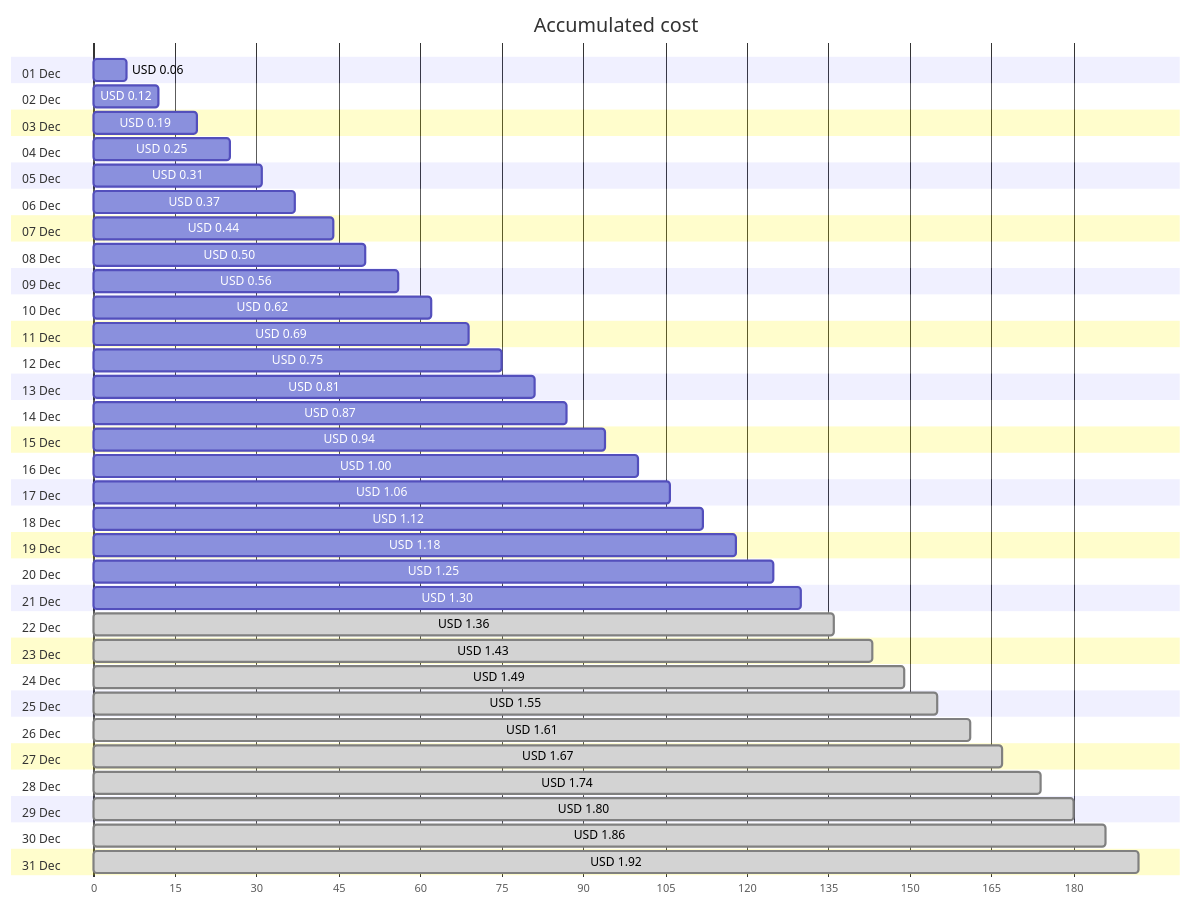
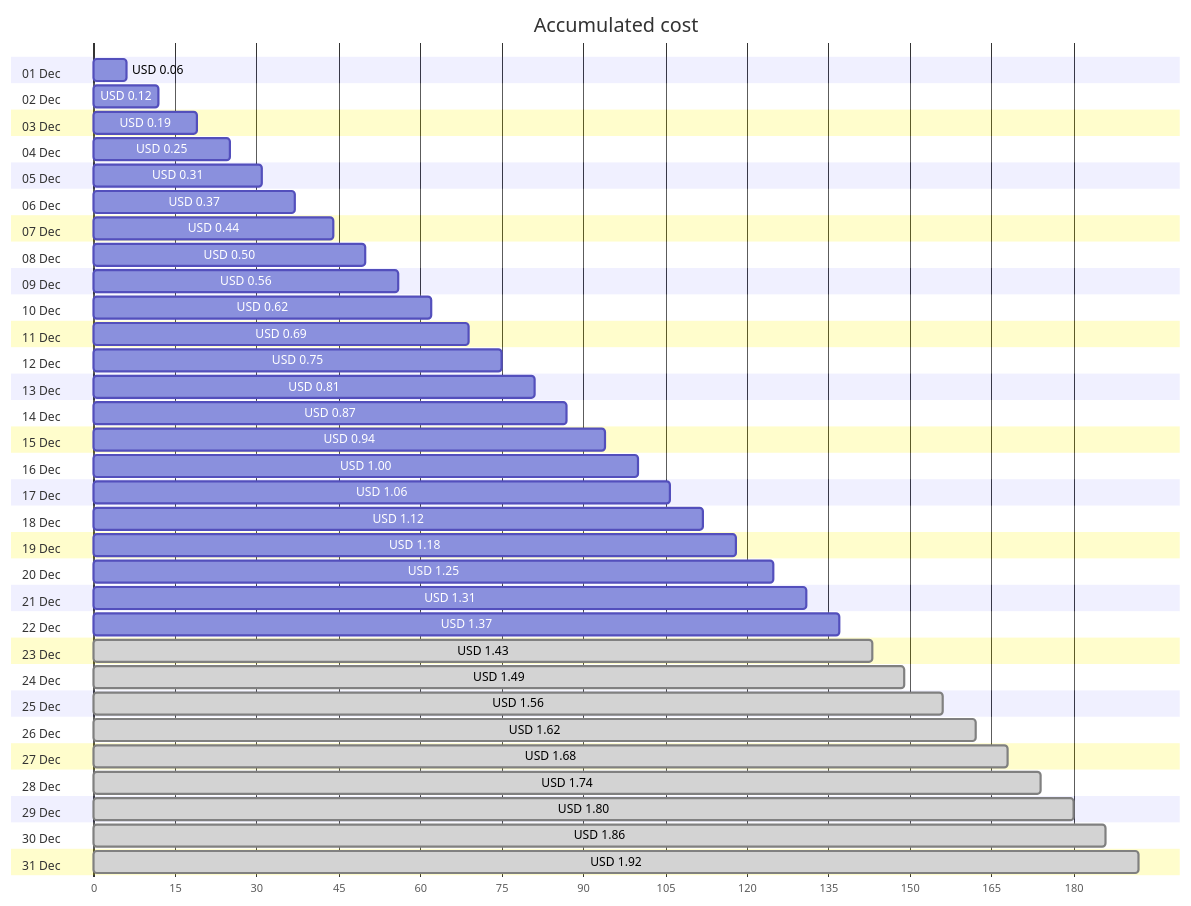
The first of 4 diagrams in cost-reports/personal-network/vpn-server_OsDisk.md (jpfulton/azure-personal-reports), drawn with Mermaid before and after one commit. The commit also changed other lines of this file and 8 other files, not shown here.

````diff
--- a/cost-reports/personal-network/vpn-server_OsDisk.md
+++ b/cost-reports/personal-network/vpn-server_OsDisk.md
@@ -20,68 +20,68 @@
 ```mermaid
 gantt
    title Accumulated cost
    dateFormat  X
    axisFormat %s
    section 01 Dec
    USD 0.06 :0, 6
    section 02 Dec
    USD 0.12 :0, 12
    section 03 Dec
    USD 0.19 :0, 19
    section 04 Dec
    USD 0.25 :0, 25
    section 05 Dec
    USD 0.31 :0, 31
    section 06 Dec
    USD 0.37 :0, 37
    section 07 Dec
    USD 0.44 :0, 44
    section 08 Dec
    USD 0.50 :0, 50
    section 09 Dec
    USD 0.56 :0, 56
    section 10 Dec
    USD 0.62 :0, 62
    section 11 Dec
    USD 0.69 :0, 69
    section 12 Dec
    USD 0.75 :0, 75
    section 13 Dec
    USD 0.81 :0, 81
    section 14 Dec
    USD 0.87 :0, 87
    section 15 Dec
    USD 0.94 :0, 94
    section 16 Dec
    USD 1.00 :0, 100
    section 17 Dec
    USD 1.06 :0, 106
    section 18 Dec
    USD 1.12 :0, 112
    section 19 Dec
    USD 1.18 :0, 118
    section 20 Dec
    USD 1.25 :0, 125
    section 21 Dec
-   USD 1.30 :0, 130
+   USD 1.31 :0, 131
    section 22 Dec
-   USD 1.36 : done, 0, 136
+   USD 1.37 :0, 137
    section 23 Dec
    USD 1.43 : done, 0, 143
    section 24 Dec
    USD 1.49 : done, 0, 149
    section 25 Dec
-   USD 1.55 : done, 0, 155
+   USD 1.56 : done, 0, 156
    section 26 Dec
-   USD 1.61 : done, 0, 161
+   USD 1.62 : done, 0, 162
    section 27 Dec
-   USD 1.67 : done, 0, 167
+   USD 1.68 : done, 0, 168
    section 28 Dec
    USD 1.74 : done, 0, 174
    section 29 Dec
    USD 1.80 : done, 0, 180
    section 30 Dec
    USD 1.86 : done, 0, 186
    section 31 Dec
    USD 1.92 : done, 0, 192
 ```
````
